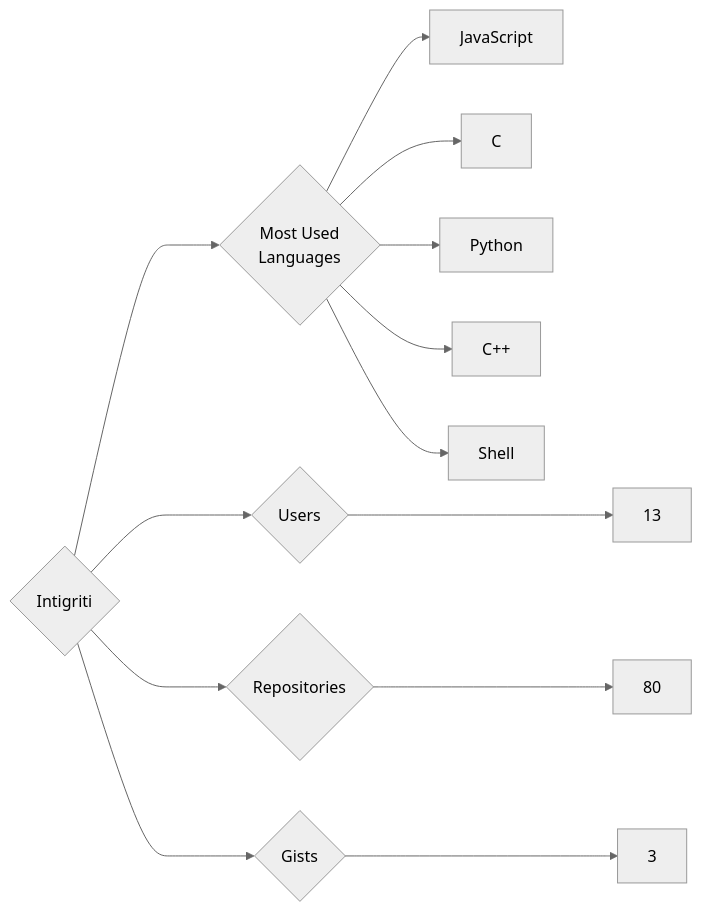
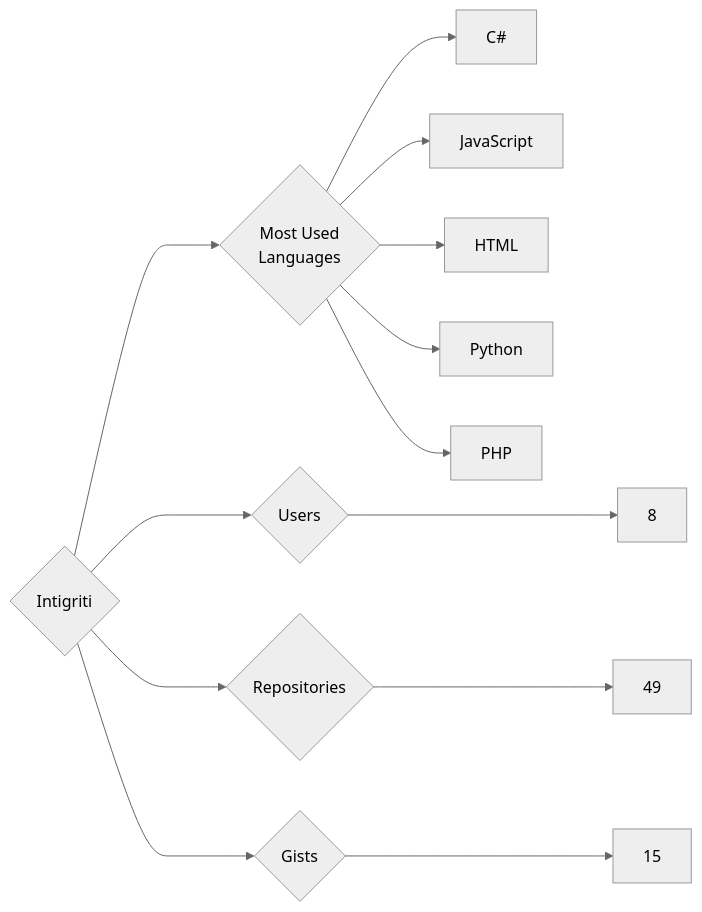
The diagram in targets/Intigriti/README.md (trickest/insiders), drawn with Mermaid (neutral theme) before and after one commit. The commit also changed 944 other files, not shown here.

````diff
--- a/targets/Intigriti/README.md
+++ b/targets/Intigriti/README.md
@@ -3,13 +3,13 @@
 ```mermaid
 graph LR
 COMPANY_NAME{Intigriti}
-COMPANY_NAME ---> U{Users} ---> UN[13]
-COMPANY_NAME ---> R{Repositories} ---> RN[80]
-COMPANY_NAME ---> G{Gists} ---> GN[3]
+COMPANY_NAME ---> U{Users} ---> UN[8]
+COMPANY_NAME ---> R{Repositories} ---> RN[49]
+COMPANY_NAME ---> G{Gists} ---> GN[15]
 COMPANY_NAME ---> ML{Most Used<br>Languages}
+ML --> C#[C#]
 ML --> JavaScript[JavaScript]
-ML --> C[C]
+ML --> HTML[HTML]
 ML --> Python[Python]
-ML --> C++[C++]
-ML --> Shell[Shell]
+ML --> PHP[PHP]
 ```
````
